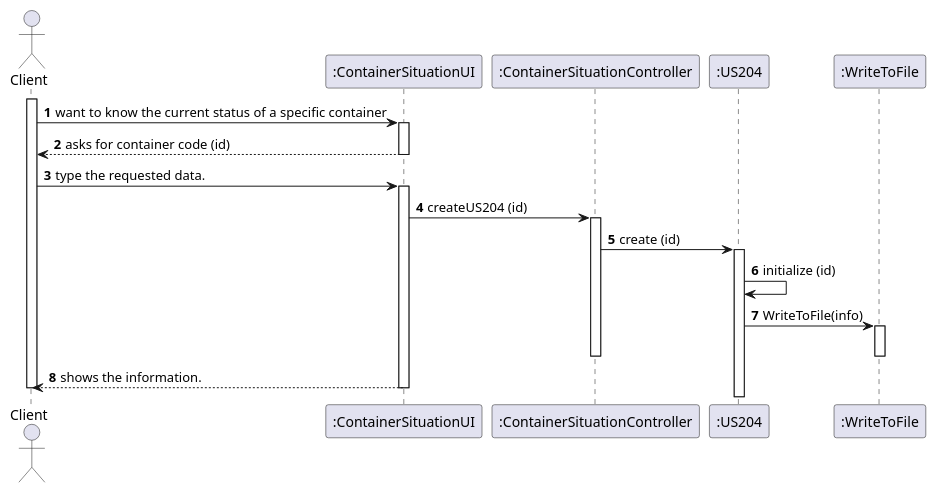
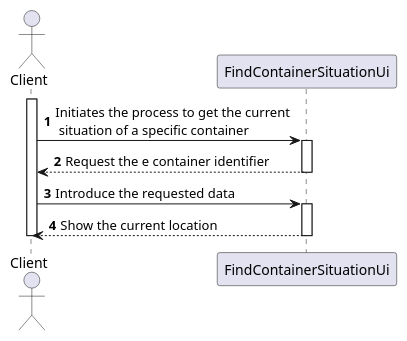
The diagram in docs/US204/US204_SD.puml (0franciscor/lapr3-2021-g042), drawn with PlantUML before and after one commit. The commit also changed 8 other files, not shown here.

```diff
--- a/docs/US204/US204_SD.puml
+++ b/docs/US204/US204_SD.puml
@@ -1,40 +1,18 @@
 @startuml
 autonumber
 
 actor "Client" as C
-
-participant ":ContainerSituationUI" as CSUI
-participant ":ContainerSituationController" as COC
-participant ":US204" as US
-participant ":WriteToFile" as WT
-
-
+participant "FindContainerSituationUi" as UI
 
 activate C
+C -> UI:  Initiates the process to get the current\n situation of a specific container
+activate UI
+UI --> C : Request the e container identifier
+deactivate UI
+C -> UI : Introduce the requested data
 
-C -> CSUI: want to know the current status of a specific container
-activate CSUI
-CSUI --> C: asks for container code (id)
-deactivate CSUI
-C -> CSUI:  type the requested data.
-
-activate CSUI
-CSUI -> COC: createUS204 (id)
-activate COC
-
-COC -> US: create (id)
-activate US
-
-
-US -> US:initialize (id)
-US -> WT: WriteToFile(info)
-activate WT
-deactivate WT
-
-
-deactivate COC
-CSUI --> C: shows the information.
-
-deactivate CSUI
+activate UI
+UI-->C : Show the current location
+deactivate UI
 deactivate C
 @enduml
```
